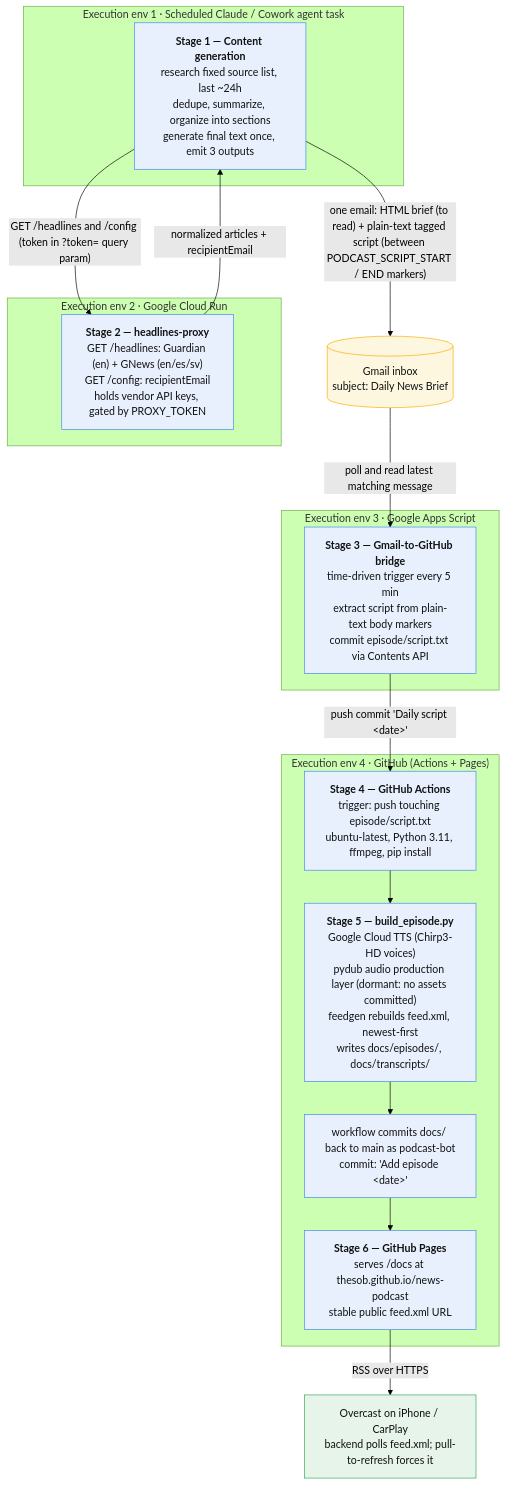
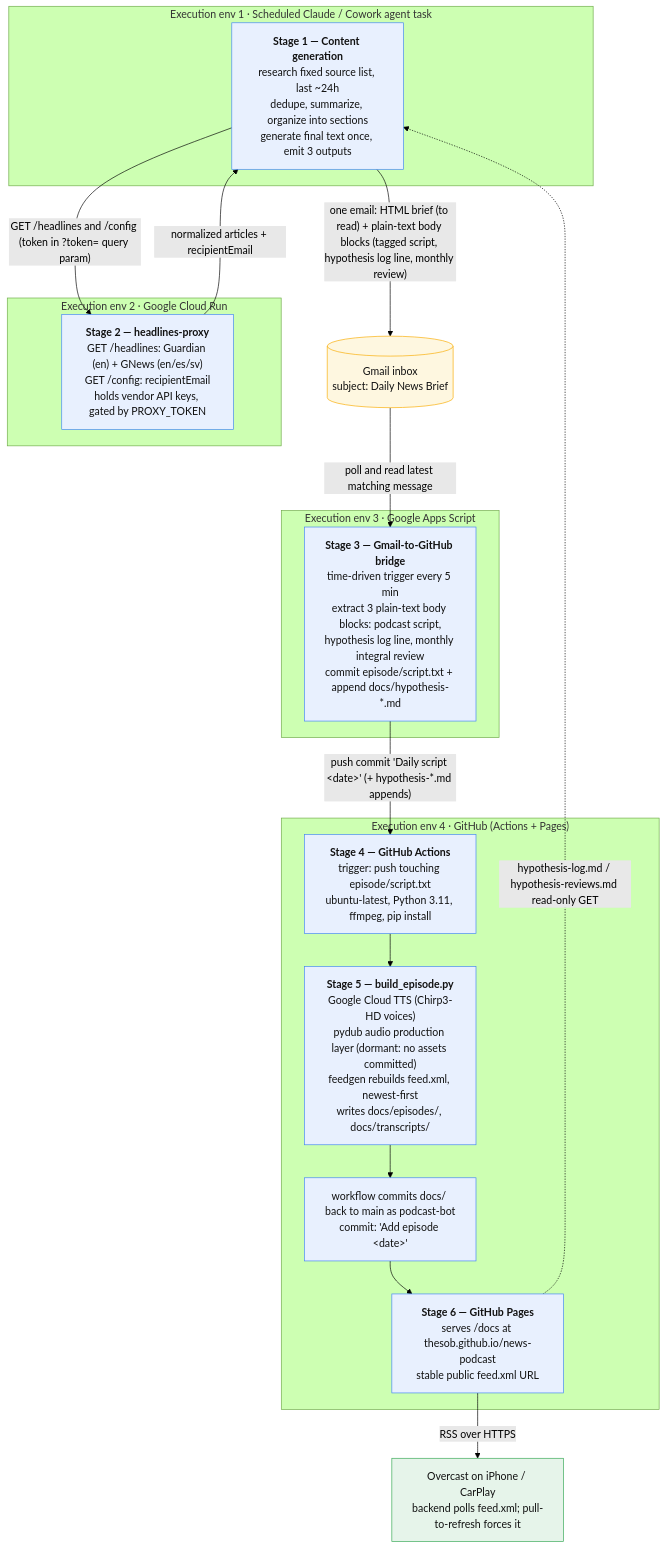
Before and after one commit to thesob/news-podcast: the diagram in docs/ARCHITECTURE.md, drawn with Mermaid (forest theme). The commit also changed other lines of this file and 4 other files, not shown here.

First line of the commit message:
Add Hypothesis Watch log + monthly integral review

````diff
--- a/docs/ARCHITECTURE.md
+++ b/docs/ARCHITECTURE.md
@@ -22,39 +22,40 @@
 ```mermaid
 flowchart TD
     subgraph E1["Execution env 1 &middot; Scheduled Claude / Cowork agent task"]
         S1["<b>Stage 1 &mdash; Content generation</b><br/>research fixed source list, last ~24h<br/>dedupe, summarize, organize into sections<br/>generate final text once, emit 3 outputs"]
     end
 
     subgraph E2["Execution env 2 &middot; Google Cloud Run"]
         S2["<b>Stage 2 &mdash; headlines-proxy</b><br/>GET /headlines: Guardian (en) + GNews (en/es/sv)<br/>GET /config: recipientEmail<br/>holds vendor API keys, gated by PROXY_TOKEN"]
     end
 
     subgraph E3["Execution env 3 &middot; Google Apps Script"]
-        S3["<b>Stage 3 &mdash; Gmail-to-GitHub bridge</b><br/>time-driven trigger every 5 min<br/>extract script from plain-text body markers<br/>commit episode/script.txt via Contents API"]
+        S3["<b>Stage 3 &mdash; Gmail-to-GitHub bridge</b><br/>time-driven trigger every 5 min<br/>extract 3 plain-text body blocks: podcast script,<br/>hypothesis log line, monthly integral review<br/>commit episode/script.txt + append docs/hypothesis-*.md"]
     end
 
     subgraph E4["Execution env 4 &middot; GitHub (Actions + Pages)"]
         S4["<b>Stage 4 &mdash; GitHub Actions</b><br/>trigger: push touching episode/script.txt<br/>ubuntu-latest, Python 3.11, ffmpeg, pip install"]
         S5["<b>Stage 5 &mdash; build_episode.py</b><br/>Google Cloud TTS (Chirp3-HD voices)<br/>pydub audio production layer (dormant: no assets committed)<br/>feedgen rebuilds feed.xml, newest-first<br/>writes docs/episodes/, docs/transcripts/"]
         C4["workflow commits docs/ back to main as podcast-bot<br/>commit: 'Add episode &lt;date&gt;'"]
         S6["<b>Stage 6 &mdash; GitHub Pages</b><br/>serves /docs at thesob.github.io/news-podcast<br/>stable public feed.xml URL"]
         S4 --> S5 --> C4 --> S6
     end
 
     GM[("Gmail inbox<br/>subject: Daily News Brief")]
     PH["Overcast on iPhone / CarPlay<br/>backend polls feed.xml; pull-to-refresh forces it"]
 
     S1 -- "GET /headlines and /config (token in ?token= query param)" --> S2
     S2 -- "normalized articles + recipientEmail" --> S1
-    S1 -- "one email: HTML brief (to read) + plain-text tagged script (between PODCAST_SCRIPT_START / END markers)" --> GM
+    S1 -- "one email: HTML brief (to read) + plain-text body blocks (tagged script, hypothesis log line, monthly review)" --> GM
     GM -- "poll and read latest matching message" --> S3
-    S3 -- "push commit 'Daily script &lt;date&gt;'" --> S4
+    S3 -- "push commit 'Daily script &lt;date&gt;' (+ hypothesis-*.md appends)" --> S4
+    S6 -. "hypothesis-log.md / hypothesis-reviews.md read-only GET" .-> S1
     S6 -- "RSS over HTTPS" --> PH
 
     classDef stage fill:#e8f0fe,stroke:#4285f4,color:#111
     classDef store fill:#fef7e0,stroke:#f9ab00,color:#111
     classDef sink fill:#e6f4ea,stroke:#34a853,color:#111
     class S1,S2,S3,S4,S5,C4,S6 stage
     class GM store
     class PH sink
 ```
````
